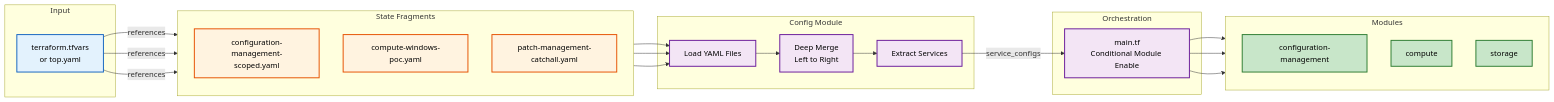
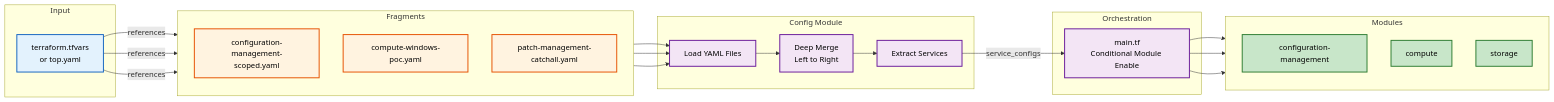
The diagram in present/04-config-flow.md (0-5788719150923125/platformer), drawn with Mermaid before and after one commit. The commit also changed other lines of this file and 125 other files, not shown here.

````diff
--- a/present/04-config-flow.md
+++ b/present/04-config-flow.md
@@ -5,53 +5,53 @@
 ```mermaid
 graph LR
     subgraph "Input"
         TFVars[terraform.tfvars<br/>or top.yaml]
     end
 
-    subgraph "State Fragments"
+    subgraph "Fragments"
         direction TB
         S1[configuration-management-scoped.yaml]
         S2[compute-windows-poc.yaml]
         S3[patch-management-catchall.yaml]
     end
 
     subgraph "Config Module"
         Load[Load YAML Files]
         Merge[Deep Merge<br/>Left to Right]
         Extract[Extract Services]
     end
 
     subgraph "Orchestration"
         Main[main.tf<br/>Conditional Module Enable]
     end
 
     subgraph "Modules"
         direction TB
         M1[configuration-management]
         M2[compute]
         M3[storage]
     end
 
     TFVars -->|references| S1
     TFVars -->|references| S2
     TFVars -->|references| S3
     S1 --> Load
     S2 --> Load
     S3 --> Load
     Load --> Merge
     Merge --> Extract
     Extract -->|service_configs| Main
     Main --> M1
     Main --> M2
     Main --> M3
 
     classDef inputStyle fill:#e3f2fd,stroke:#1565c0,stroke-width:2px,color:#000
     classDef stateStyle fill:#fff3e0,stroke:#e65100,stroke-width:2px,color:#000
     classDef processStyle fill:#f3e5f5,stroke:#6a1b9a,stroke-width:2px,color:#000
     classDef moduleStyle fill:#c8e6c9,stroke:#2e7d32,stroke-width:2px,color:#000
 
     class TFVars inputStyle
     class S1,S2,S3 stateStyle
     class Load,Merge,Extract,Main processStyle
     class M1,M2,M3 moduleStyle
 ```
````
